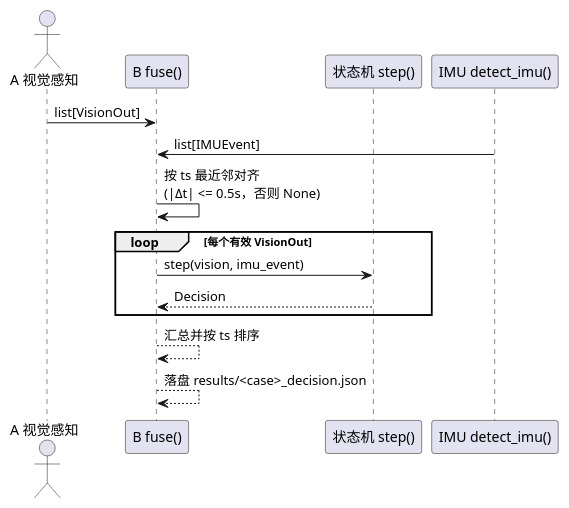
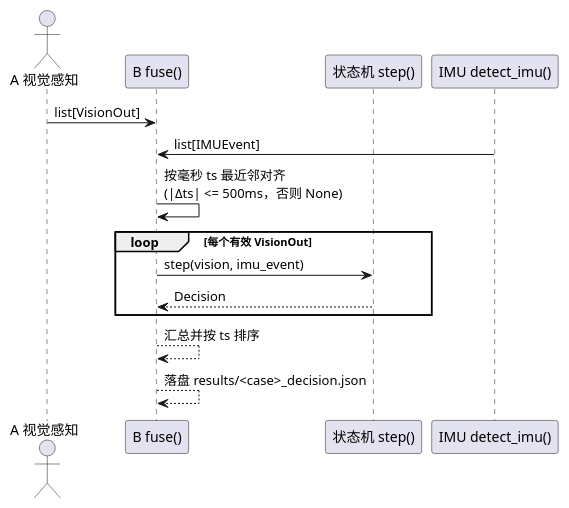
One commit to hjy20/Elevator-Trapped-Alert changed the third of 3 diagrams in docs/spec/requirement.md. Above: the diagram before and after it, drawn with PlantUML. The commit also changed other lines of this file and 2 other files, not shown here.

````diff
--- a/docs/spec/requirement.md
+++ b/docs/spec/requirement.md
@@ -540,18 +549,18 @@
 ```plantuml
 @startuml
 actor A as "A 视觉感知"
 participant B as "B fuse()"
 participant S as "状态机 step()"
 participant M as "IMU detect_imu()"
 
 A -> B : list[VisionOut]
 M -> B : list[IMUEvent]
-B -> B : 按 ts 最近邻对齐\n(|Δt| <= 0.5s，否则 None)
+B -> B : 按毫秒 ts 最近邻对齐\n(|Δts| <= 500ms，否则 None)
 loop 每个有效 VisionOut
   B -> S : step(vision, imu_event)
   S --> B : Decision
 end
 B --> B : 汇总并按 ts 排序
 B --> B : 落盘 results/<case>_decision.json
 @enduml
 ```
````
